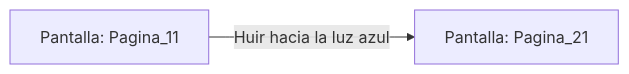
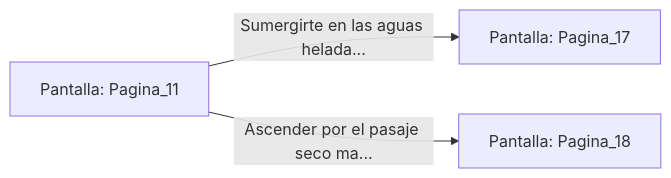
The diagram in sample/eligejuego-vault/Pantalla_Pagina_11.md (metsuke/mpl), drawn with Mermaid before and after one commit. The commit also changed other lines of this file and 635 other files, not shown here.

First line of the commit message:
fix: añadir Pagina_1 como pantalla inicial en capitulo_01.mpl

````diff
--- a/sample/eligejuego-vault/Pantalla_Pagina_11.md
+++ b/sample/eligejuego-vault/Pantalla_Pagina_11.md
@@ -14,5 +24,6 @@
 ```mermaid
 graph LR
     P_Pagina_11["Pantalla: Pagina_11"]
-    P_Pagina_11 -->|"Huir hacia la luz azul"| P_Pagina_21["Pantalla: Pagina_21"]
+    P_Pagina_11 -->|"Sumergirte en las aguas helada..."| P_Pagina_17["Pantalla: Pagina_17"]
+    P_Pagina_11 -->|"Ascender por el pasaje seco ma..."| P_Pagina_18["Pantalla: Pagina_18"]
 ```
````
